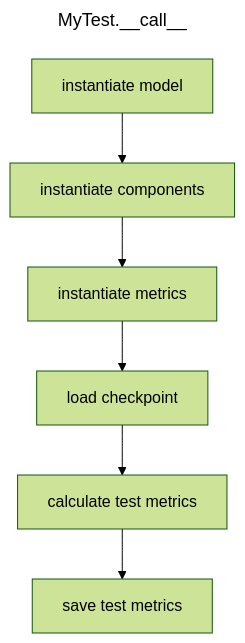
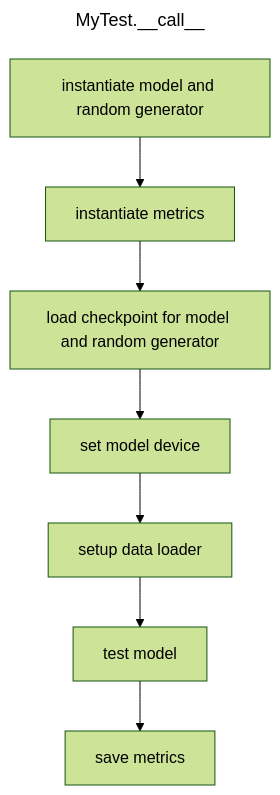
One commit to ljw20180420/common_ai changed the second of 2 diagrams in README.md. Above: the diagram before and after it, drawn with Mermaid (forest theme). The commit also changed other lines of this file and 2 other files, not shown here.

Commit message:
Optimizer the execution order in train, eval and test.

````diff
--- a/README.md
+++ b/README.md
@@ -58,7 +61,7 @@
 ```mermaid
 ---
 title: MyTest.__call__
 ---
 flowchart TD
-    INSTMODEL[instantiate model] --> INSTCOMP[instantiate components] --> INSTMETRIC[instantiate metrics] --> LOADCHECK[load checkpoint] --> F[calculate test metrics] --> G[save test metrics]
+    INSTMODEL[instantiate model and random generator] --> INSTMETRIC[instantiate metrics] --> LOADCHECK[load checkpoint for model and random generator] --> TESTDEVICE[set model device] --> TESTDATA[setup data loader] --> TESTMODEL[test model] --> TESTSAVE[save metrics]
 ```
````
